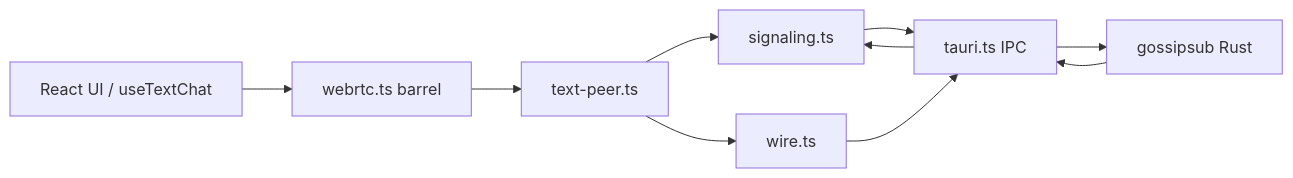
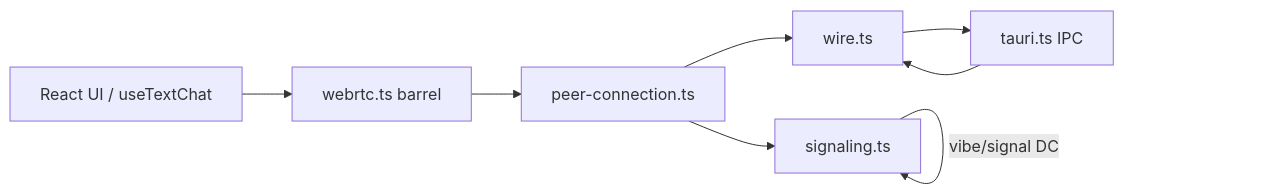
One commit to struckchure/vibe changed the diagram in src/lib/transport/README.md. Above: the diagram before and after it, drawn with Mermaid. The commit also changed other lines of this file and 60 other files, not shown here.

````diff
--- a/src/lib/transport/README.md
+++ b/src/lib/transport/README.md
@@ -31,18 +45,17 @@
 ```mermaid
 flowchart LR
   UI[React UI / useTextChat]
   Barrel[webrtc.ts barrel]
-  TextPeer[text-peer.ts]
+  PeerConn[peer-connection.ts]
   Signaling[signaling.ts]
   Wire[wire.ts]
   Tauri[tauri.ts IPC]
-  Gossip[gossipsub Rust]
 
   UI --> Barrel
-  Barrel --> TextPeer
-  TextPeer --> Signaling
-  TextPeer --> Wire
-  Signaling --> Tauri --> Gossip
+  Barrel --> PeerConn
+  PeerConn --> Signaling
+  PeerConn --> Wire
+  Signaling -->|vibe/signal DC| Signaling
   Wire --> Tauri
-  Gossip --> Tauri --> Signaling
+  Tauri --> Wire
 ```
````
